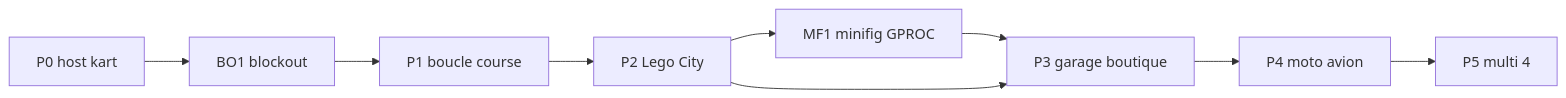
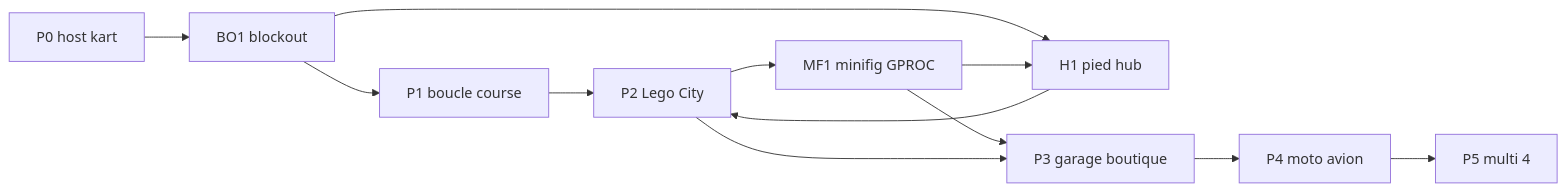
The diagram in docs/plans/roadmap.md (naanouff/Brick-Racer), drawn with Mermaid before and after one commit. The commit also changed other lines of this file and 93 other files, not shown here.

First line of the commit message:
feat: walk the city hub on foot and swap parked vehicles

````diff
--- a/docs/plans/roadmap.md
+++ b/docs/plans/roadmap.md
@@ -19,11 +20,14 @@
 ```mermaid
 flowchart LR
   P0[P0 host kart] --> BO1[BO1 blockout]
   BO1 --> P1[P1 boucle course]
-  P1 --> P2[P2 Lego City]
-  P2 --> MF1[MF1 minifig GPROC]
+  BO1 --> H1[H1 pied hub]
+  MF1[MF1 minifig GPROC] --> H1
+  H1 --> P2[P2 Lego City]
+  P1 --> P2
+  P2 --> MF1
   MF1 --> P3[P3 garage boutique]
   P2 --> P3
   P3 --> P4[P4 moto avion]
   P4 --> P5[P5 multi 4]
 ```
````
